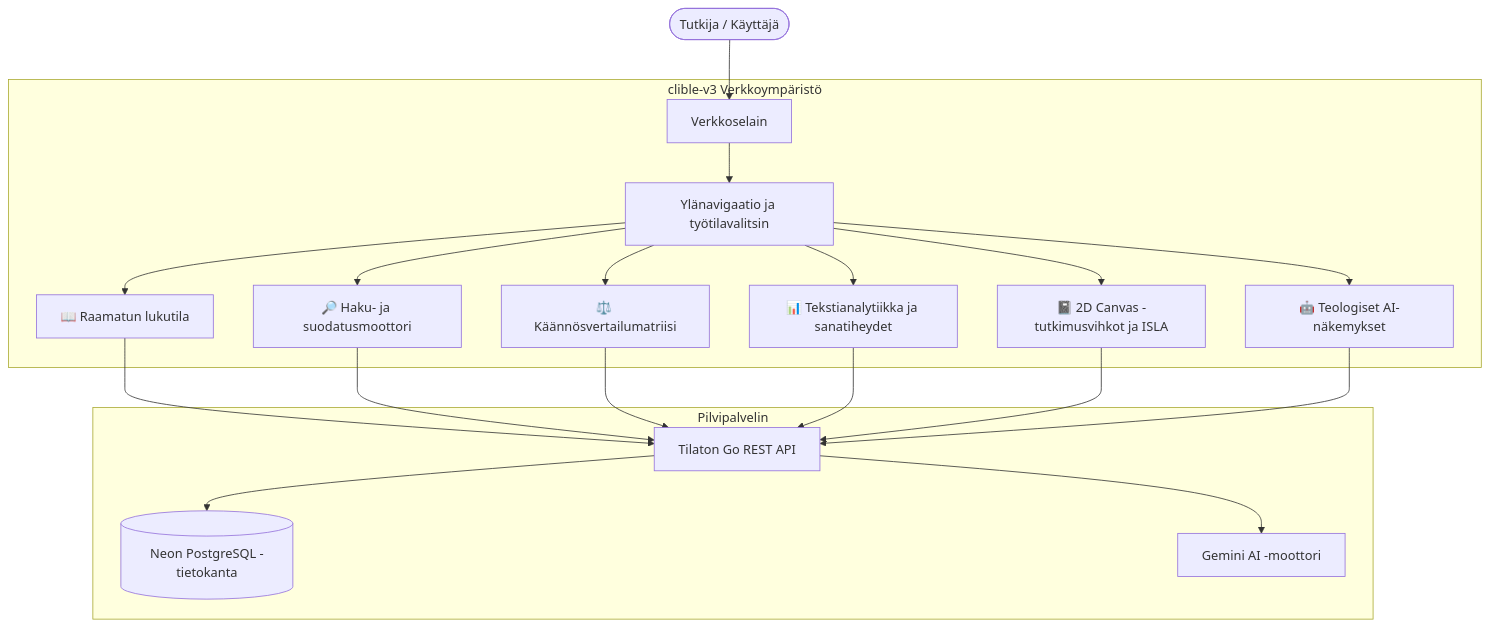
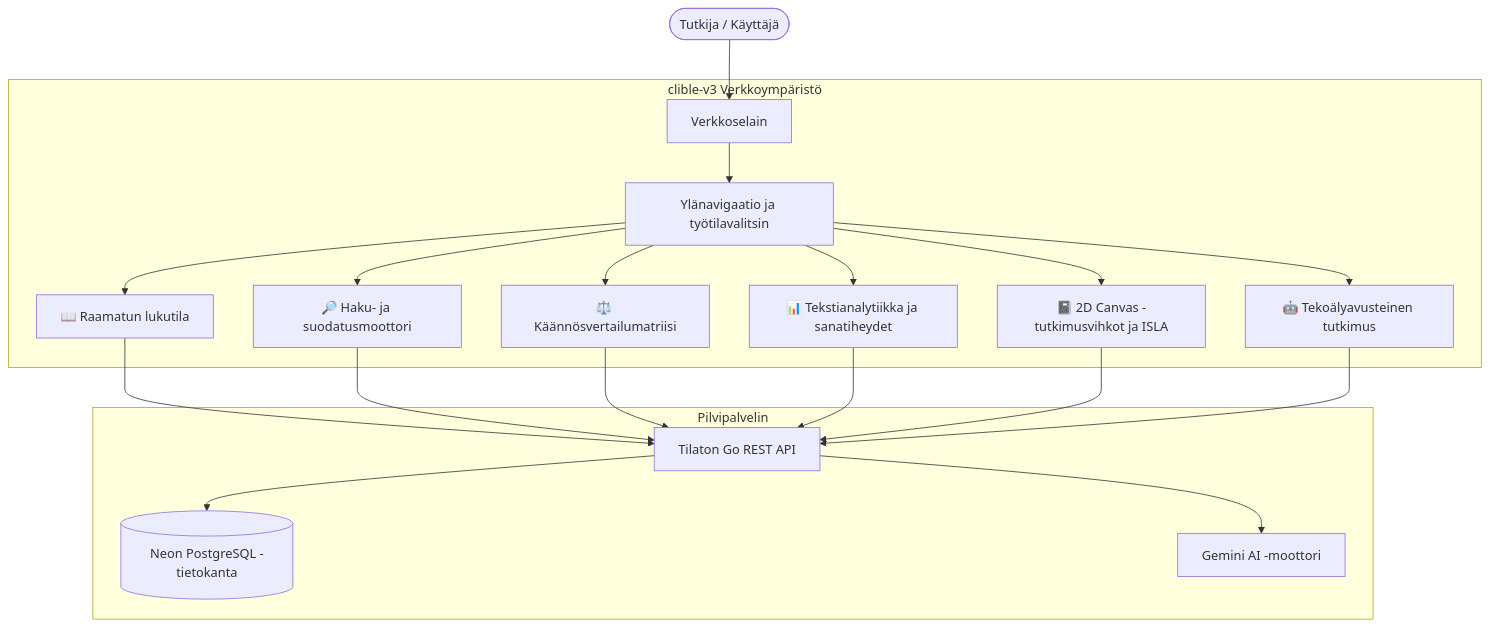
The diagram in docs/fi/guide/getting-started.md (mvirtai/clible-v3-go), drawn with Mermaid before and after one commit. The commit also changed other lines of this file and 21 other files, not shown here.

````diff
--- a/docs/fi/guide/getting-started.md
+++ b/docs/fi/guide/getting-started.md
@@ -18,21 +18,21 @@
 ```mermaid
 flowchart TD
     User(["Tutkija / Käyttäjä"]) --> Browser["Verkkoselain"]
     
     subgraph Web_Platform ["clible-v3 Verkkoympäristö"]
         Browser --> Nav["Ylänavigaatio ja työtilavalitsin"]
         
         Nav --> Reader["📖 Raamatun lukutila"]
         Nav --> Search["🔎 Haku- ja suodatusmoottori"]
         Nav --> Compare["⚖️ Käännösvertailumatriisi"]
         Nav --> Analytics["📊 Tekstianalytiikka ja sanatiheydet"]
         Nav --> Notebooks["📓 2D Canvas -tutkimusvihkot ja ISLA"]
-        Nav --> AI["🤖 Teologiset AI-näkemykset"]
+        Nav --> AI["🤖 Tekoälyavusteinen tutkimus"]
     end
     
     subgraph Cloud_Backend ["Pilvipalvelin"]
         Reader & Search & Compare & Analytics & Notebooks & AI --> API["Tilaton Go REST API"]
         API --> DB[("Neon PostgreSQL -tietokanta")]
         API --> AIService["Gemini AI -moottori"]
     end
 ```
````
